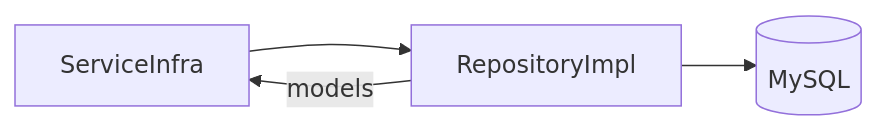
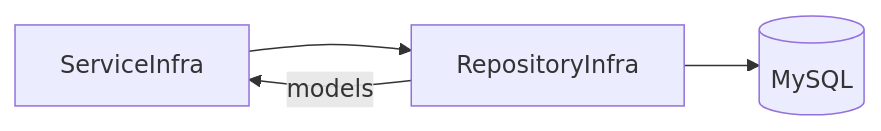
One commit to walf443/isucon11-final changed the third of 3 diagrams in webapp/rust/README.md. Above: the diagram before and after it, drawn with Mermaid.

````diff
--- a/webapp/rust/README.md
+++ b/webapp/rust/README.md
@@ -42,7 +42,7 @@
 ```mermaid
 
 flowchart LR
-  ServiceInfra --> RepositoryImpl
-  RepositoryImpl --> DB[(MySQL)]
-  RepositoryImpl -- models --> ServiceInfra
+  ServiceInfra --> RepositoryInfra
+  RepositoryInfra --> DB[(MySQL)]
+  RepositoryInfra -- models --> ServiceInfra
 ```
````
